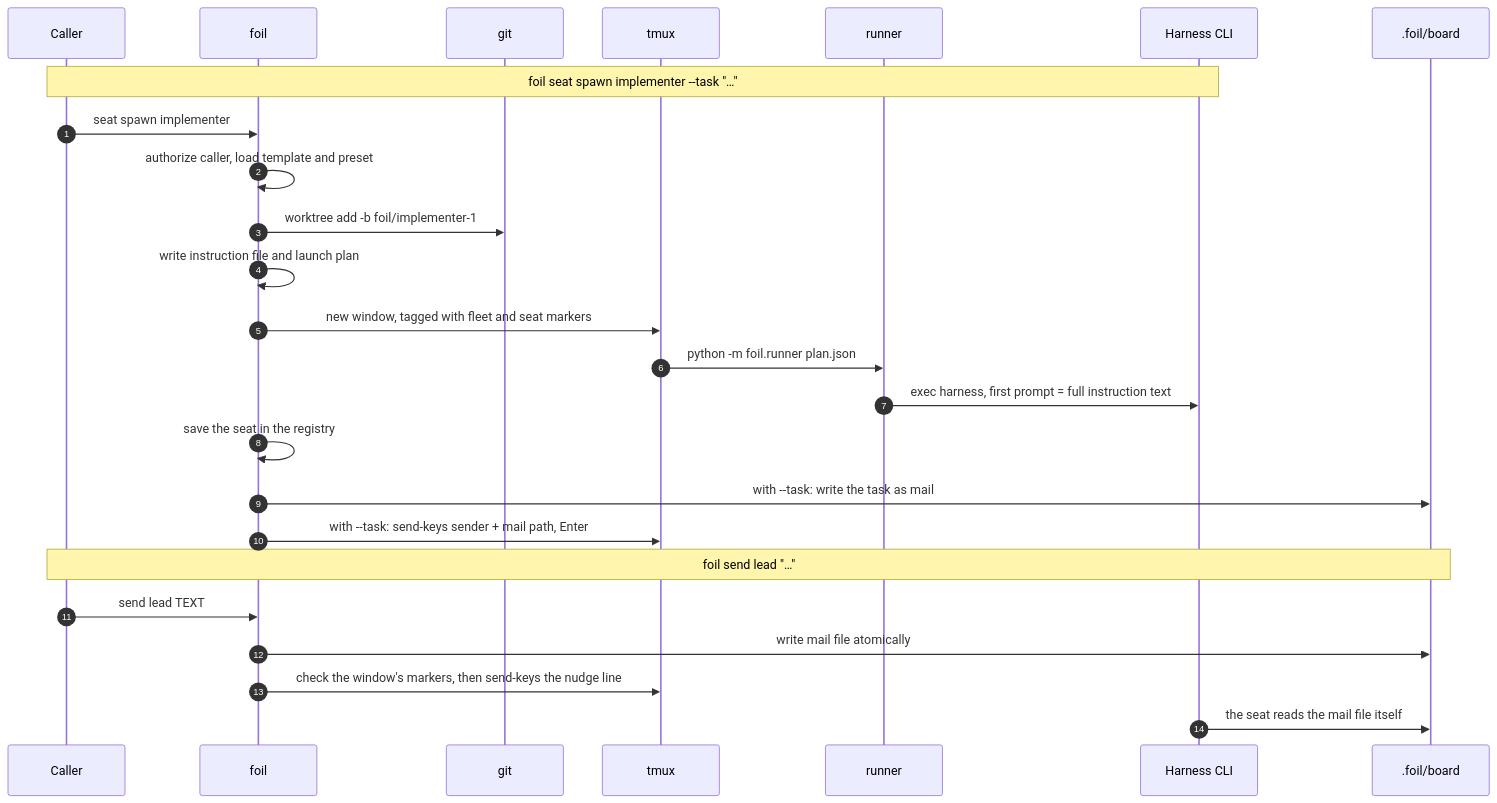
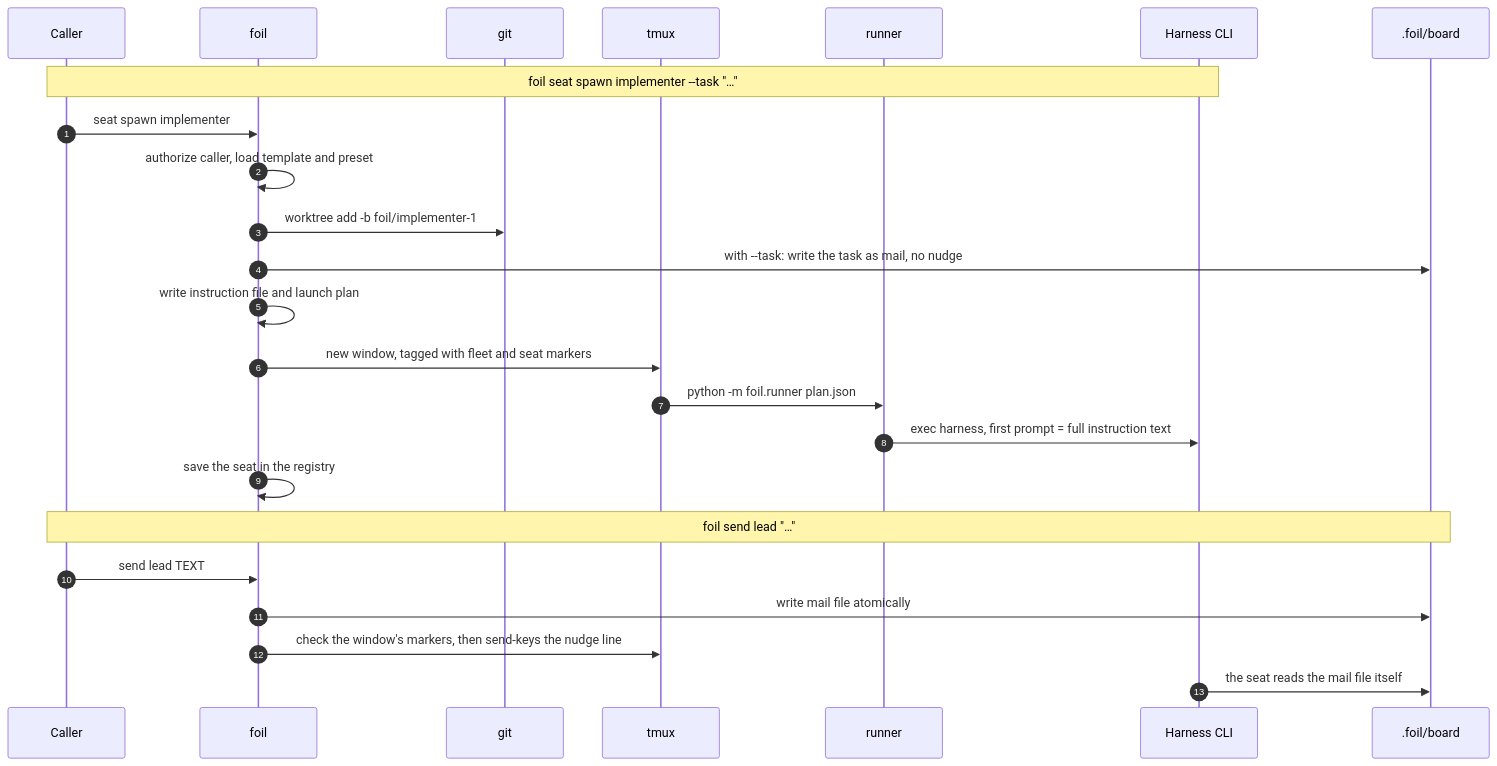
One commit to TiantianFlow/foil changed the second of 2 diagrams in docs/architecture.md. Above: the diagram before and after it, drawn with Mermaid. The commit also changed other lines of this file and 43 other files, not shown here.

````diff
--- a/docs/architecture.md
+++ b/docs/architecture.md
@@ -90,29 +90,28 @@
 ```mermaid
 sequenceDiagram
   autonumber
   participant C as Caller
   participant F as foil
   participant G as git
   participant T as tmux
   participant R as runner
   participant H as Harness CLI
   participant B as .foil/board
 
   Note over C,H: foil seat spawn implementer --task "…"
   C->>F: seat spawn implementer
   F->>F: authorize caller, load template and preset
   F->>G: worktree add -b foil/implementer-1
+  F->>B: with --task: write the task as mail, no nudge
   F->>F: write instruction file and launch plan
   F->>T: new window, tagged with fleet and seat markers
   T->>R: python -m foil.runner plan.json
   R->>H: exec harness, first prompt = full instruction text
   F->>F: save the seat in the registry
-  F->>B: with --task: write the task as mail
-  F->>T: with --task: send-keys sender + mail path, Enter
 
   Note over C,B: foil send lead "…"
   C->>F: send lead TEXT
   F->>B: write mail file atomically
   F->>T: check the window's markers, then send-keys the nudge line
   H->>B: the seat reads the mail file itself
 ```
````
